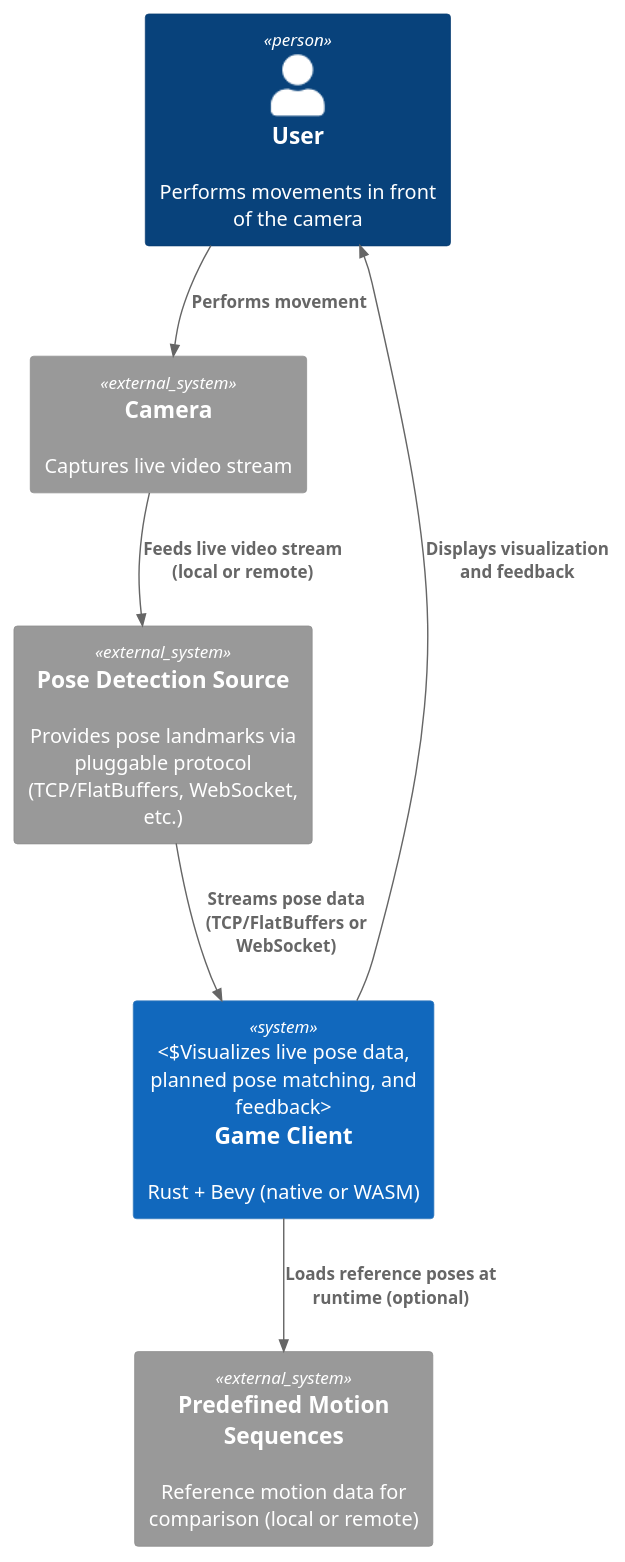
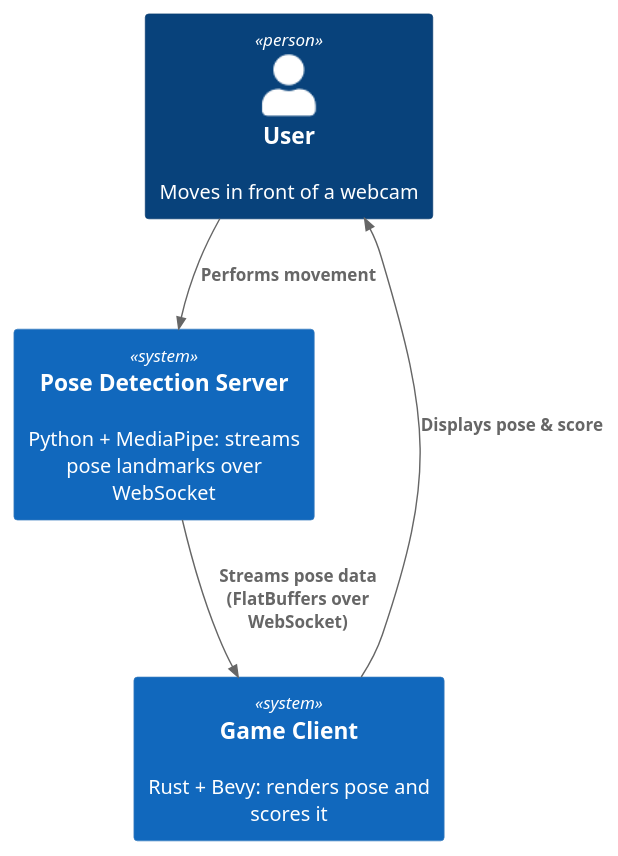
One commit to tobiaslocker/pose changed the diagram in docs/arch/diagrams/c4-level-1-system-context.puml. Above: the diagram before and after it, drawn with PlantUML. The commit also changed other lines of this file and 44 other files, not shown here.

```diff
--- a/docs/arch/diagrams/c4-level-1-system-context.puml
+++ b/docs/arch/diagrams/c4-level-1-system-context.puml
@@ -1,17 +1,13 @@
 @startuml
 !includeurl https://raw.githubusercontent.com/plantuml-stdlib/C4-PlantUML/master/C4_Context.puml
 
-Person(user, "User", "Performs movements in front of the camera")
+Person(user, "User", "Moves in front of a webcam")
 
-System(gameClient, "Game Client", "Rust + Bevy (native or WASM)", "Visualizes live pose data, planned pose matching, and feedback")
-System_Ext(poseServer, "Pose Detection Source", "Provides pose landmarks via pluggable protocol (TCP/FlatBuffers, WebSocket, etc.)")
-System_Ext(predefinedSequences, "Predefined Motion Sequences", "Reference motion data for comparison (local or remote)")
-System_Ext(camera, "Camera", "Captures live video stream")
+System(gameClient, "Game Client", "Rust + Bevy: renders pose and scores it")
+System(poseServer, "Pose Detection Server", "Python + MediaPipe: streams pose landmarks over WebSocket")
 
-Rel(user, camera, "Performs movement")
-Rel(camera, poseServer, "Feeds live video stream (local or remote)")
-Rel(poseServer, gameClient, "Streams pose data (TCP/FlatBuffers or WebSocket)")
-Rel(gameClient, predefinedSequences, "Loads reference poses at runtime (optional)")
-Rel(gameClient, user, "Displays visualization and feedback")
+Rel(user, poseServer, "Performs movement")
+Rel(poseServer, gameClient, "Streams pose data (FlatBuffers over WebSocket)")
+Rel(gameClient, user, "Displays pose & score")
 
 @enduml
```
